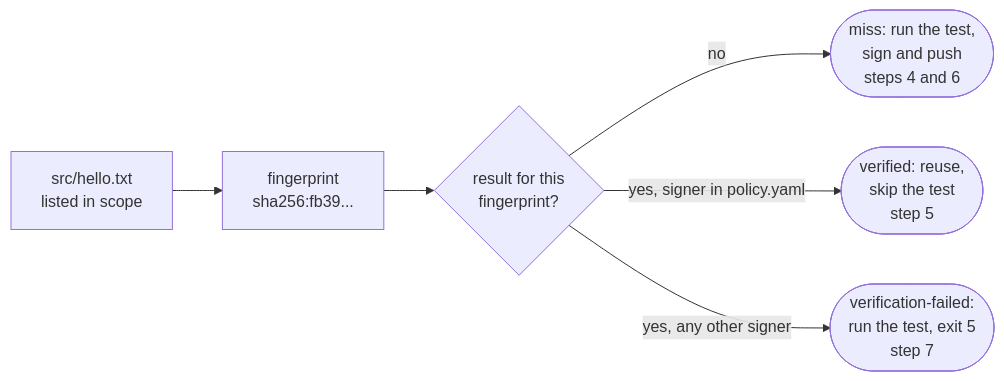
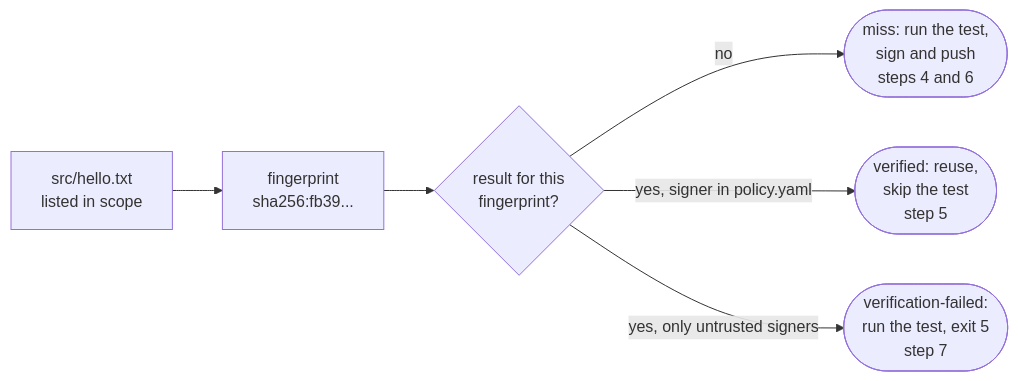
The diagram in docs/quickstart.md (TrianaLab/aval), drawn with Mermaid before and after one commit. The commit also changed other lines of this file and 2 other files, not shown here.

First line of the commit message:
docs: quickstart step 7 names an untrusted signer; quickstart tests check exit codes

````diff
--- a/docs/quickstart.md
+++ b/docs/quickstart.md
@@ -166,8 +168,8 @@
 ```mermaid
 flowchart LR
   files[src/hello.txt<br>listed in scope] --> fp[fingerprint<br>sha256:fb39...]
   fp --> look{result for this<br>fingerprint?}
   look -- no --> miss([miss: run the test,<br>sign and push<br>steps 4 and 6]):::muted
   look -- "yes, signer in policy.yaml" --> ok([verified: reuse,<br>skip the test<br>step 5]):::ok
-  look -- "yes, any other signer" --> bad([verification-failed:<br>run the test, exit 5<br>step 7]):::err
+  look -- "yes, only untrusted signers" --> bad([verification-failed:<br>run the test, exit 5<br>step 7]):::err
 ```
````
